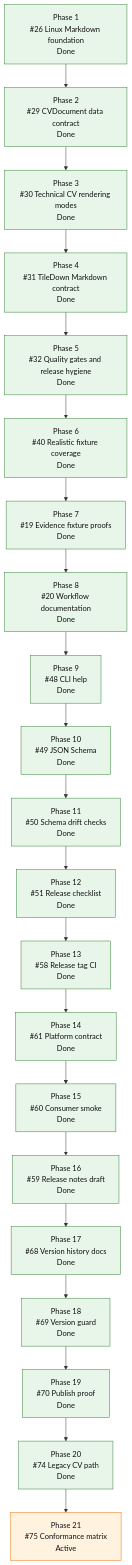
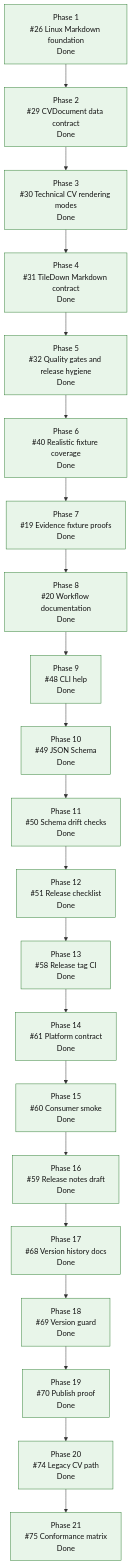
One commit to mihaelamj/cvbuilder changed the diagram in README.md. Above: the diagram before and after it, drawn with Mermaid. The commit also changed 1 other file, not shown here.

Commit message:
docs(roadmap): mark conformance matrix done

````diff
--- a/README.md
+++ b/README.md
@@ -169,40 +169,40 @@
 ```mermaid
 flowchart TD
     P1["Phase 1<br/>#26 Linux Markdown foundation<br/>Done"]
     P2["Phase 2<br/>#29 CVDocument data contract<br/>Done"]
     P3["Phase 3<br/>#30 Technical CV rendering modes<br/>Done"]
     P4["Phase 4<br/>#31 TileDown Markdown contract<br/>Done"]
     P5["Phase 5<br/>#32 Quality gates and release hygiene<br/>Done"]
     P6["Phase 6<br/>#40 Realistic fixture coverage<br/>Done"]
     P7["Phase 7<br/>#19 Evidence fixture proofs<br/>Done"]
     P8["Phase 8<br/>#20 Workflow documentation<br/>Done"]
     P9["Phase 9<br/>#48 CLI help<br/>Done"]
     P10["Phase 10<br/>#49 JSON Schema<br/>Done"]
     P11["Phase 11<br/>#50 Schema drift checks<br/>Done"]
     P12["Phase 12<br/>#51 Release checklist<br/>Done"]
     P13["Phase 13<br/>#58 Release tag CI<br/>Done"]
     P14["Phase 14<br/>#61 Platform contract<br/>Done"]
     P15["Phase 15<br/>#60 Consumer smoke<br/>Done"]
     P16["Phase 16<br/>#59 Release notes draft<br/>Done"]
     P17["Phase 17<br/>#68 Version history docs<br/>Done"]
     P18["Phase 18<br/>#69 Version guard<br/>Done"]
     P19["Phase 19<br/>#70 Publish proof<br/>Done"]
     P20["Phase 20<br/>#74 Legacy CV path<br/>Done"]
-    P21["Phase 21<br/>#75 Conformance matrix<br/>Active"]
+    P21["Phase 21<br/>#75 Conformance matrix<br/>Done"]
 
     P1 --> P2 --> P3 --> P4 --> P5 --> P6 --> P7 --> P8 --> P9 --> P10 --> P11 --> P12 --> P13 --> P14 --> P15 --> P16 --> P17 --> P18 --> P19 --> P20 --> P21
 
     classDef done fill:#e8f5e9,stroke:#2e7d32,color:#111;
     classDef active fill:#fff3e0,stroke:#ef6c00,color:#111;
     classDef review fill:#e8f0fe,stroke:#1a73e8,color:#111;
     classDef next fill:#fff8e1,stroke:#f9a825,color:#111;
     classDef partial fill:#e0f7fa,stroke:#00838f,color:#111;
     classDef todo fill:#eef3ff,stroke:#3367d6,color:#111;
     class P1,P2,P3,P4 done;
     class P5,P6,P7,P8,P9,P10,P11,P12,P13,P14,P15,P16 done;
     class P17 done;
     class P18 done;
     class P19 done;
     class P20 done;
-    class P21 active;
+    class P21 done;
 ```
````
